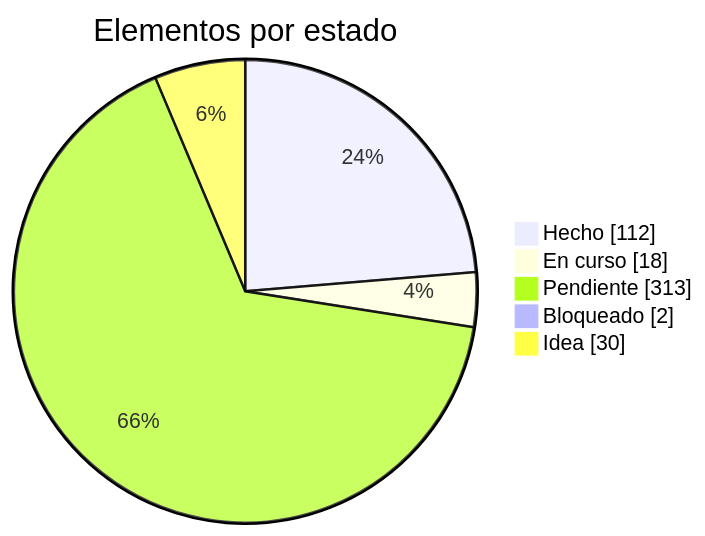
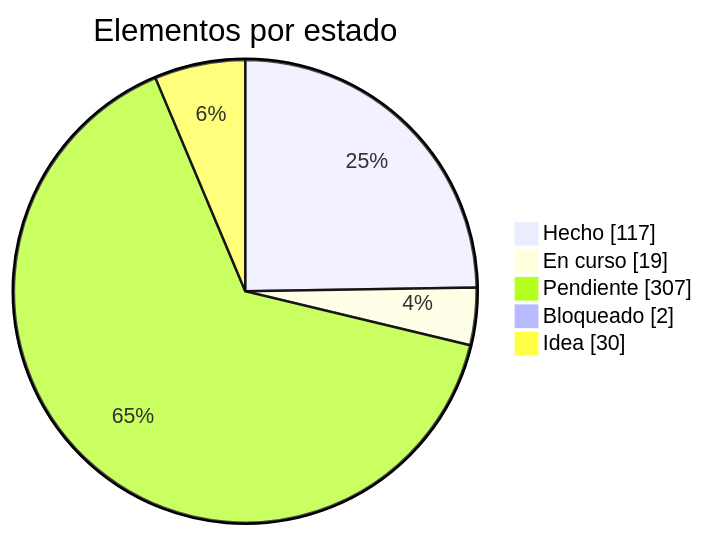
One commit to dariogea/BM27 changed the first of 2 diagrams in docs/roadmap.md. Above: the diagram before and after it, drawn with Mermaid. The commit also changed other lines of this file and 32 other files, not shown here.

````diff
--- a/docs/roadmap.md
+++ b/docs/roadmap.md
@@ -13,8 +13,8 @@
 ```mermaid
 pie showData title Elementos por estado
-  "Hecho" : 112
-  "En curso" : 18
-  "Pendiente" : 313
+  "Hecho" : 117
+  "En curso" : 19
+  "Pendiente" : 307
   "Bloqueado" : 2
   "Idea" : 30
 ```
````
